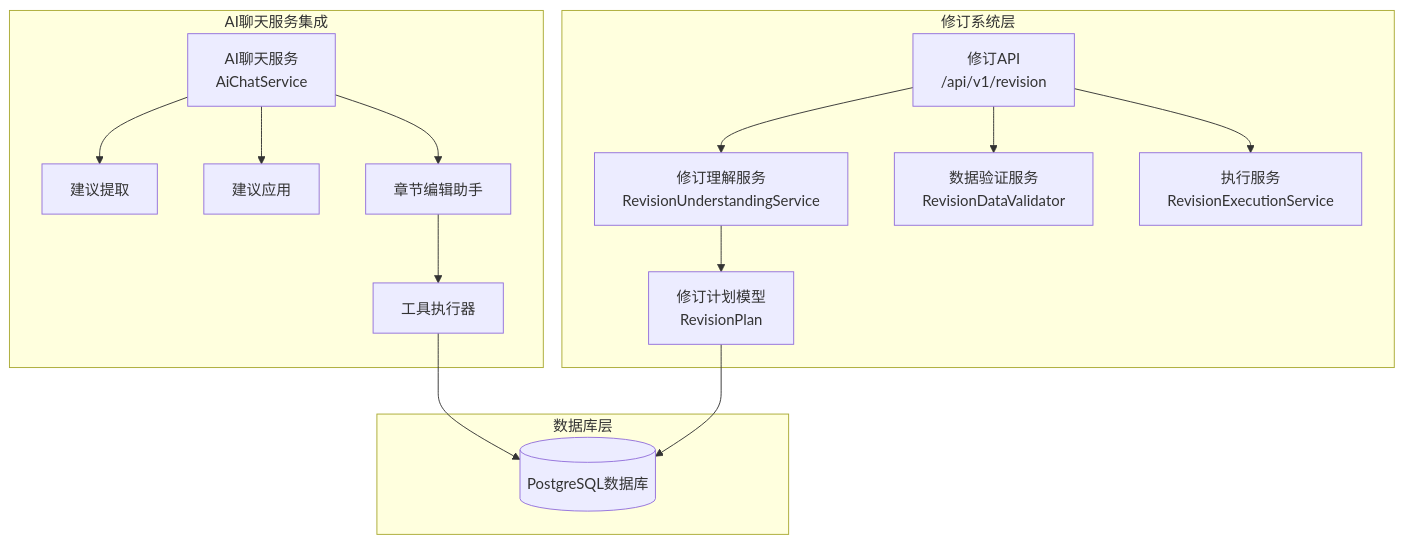
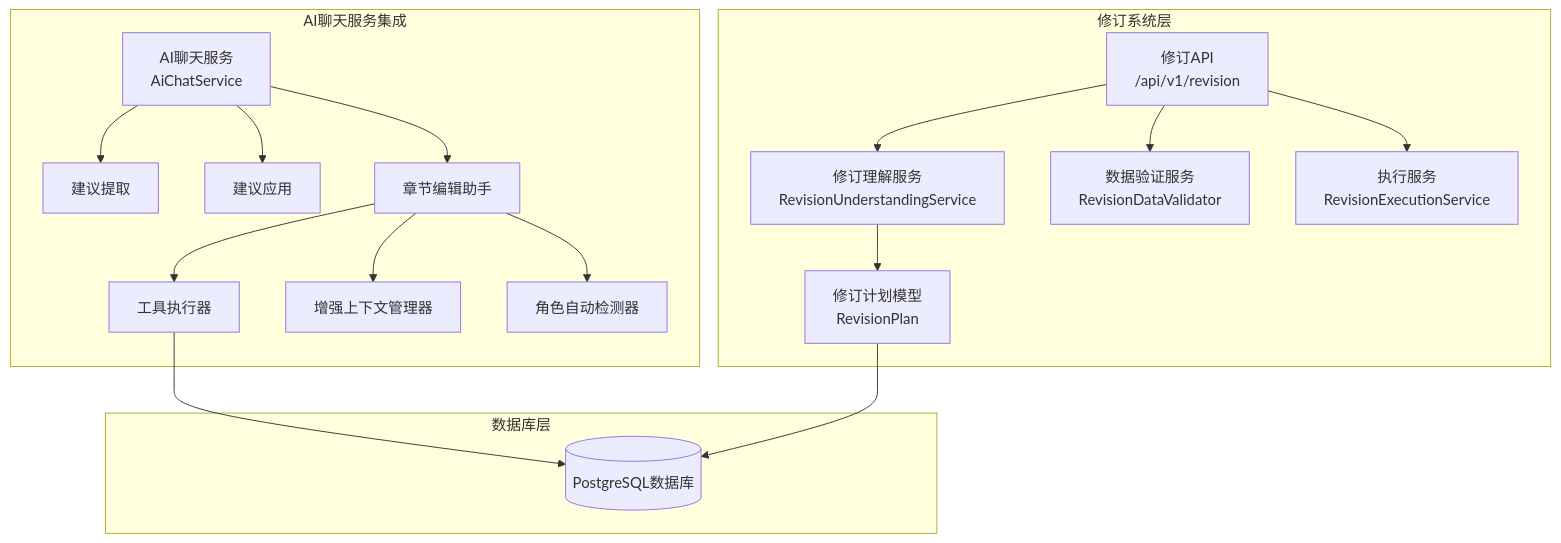
Diagram 38 of 49 in .qoder/repowiki/zh/content/Ai Chat Service.md (xfbyxq/ai-novel-system), drawn with Mermaid before and after one commit. The commit also changed other lines of this file and 8 other files, not shown here.

````diff
--- a/.qoder/repowiki/zh/content/Ai Chat Service.md
+++ b/.qoder/repowiki/zh/content/Ai Chat Service.md
@@ -1166,30 +1696,34 @@
 ```mermaid
 graph TB
 subgraph "修订系统层"
 RevisionAPI[修订API<br/>/api/v1/revision]
 Understanding[修订理解服务<br/>RevisionUnderstandingService]
 Validator[数据验证服务<br/>RevisionDataValidator]
 Executor[执行服务<br/>RevisionExecutionService]
 Plan[修订计划模型<br/>RevisionPlan]
 end
 subgraph "AI聊天服务集成"
 AiChat[AI聊天服务<br/>AiChatService]
 SuggestionExtraction[建议提取]
 SuggestionApplication[建议应用]
 ChapterAssistant[章节编辑助手]
 ToolExecutor[工具执行器]
+EnhancedContextManager[增强上下文管理器]
+CharacterAutoDetect[角色自动检测器]
 end
 subgraph "数据库层"
 DB[(PostgreSQL数据库)]
 end
 RevisionAPI --> Understanding
 RevisionAPI --> Validator
 RevisionAPI --> Executor
 Understanding --> Plan
 AiChat --> SuggestionExtraction
 AiChat --> SuggestionApplication
 AiChat --> ChapterAssistant
 ChapterAssistant --> ToolExecutor
+ChapterAssistant --> EnhancedContextManager
+ChapterAssistant --> CharacterAutoDetect
 ToolExecutor --> DB
 Plan --> DB
 ```
````
